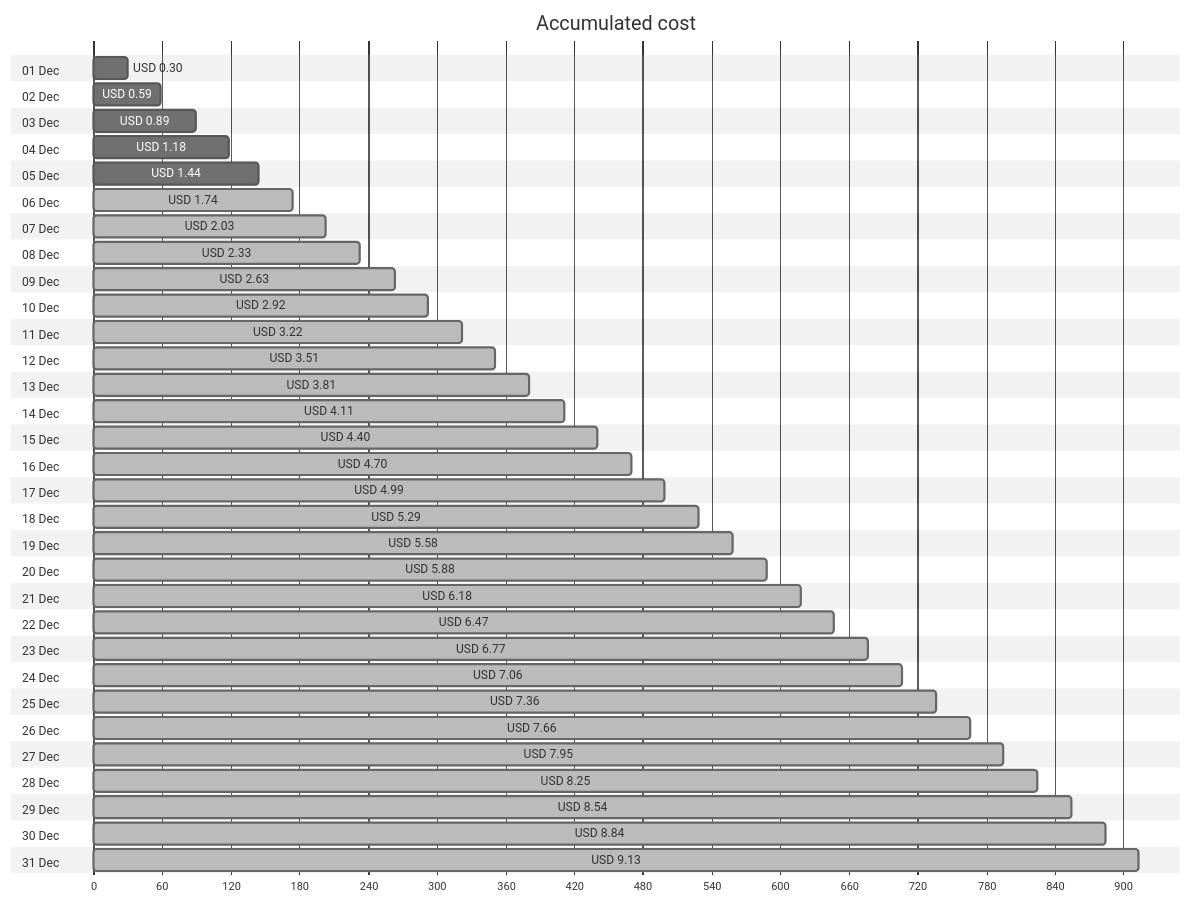
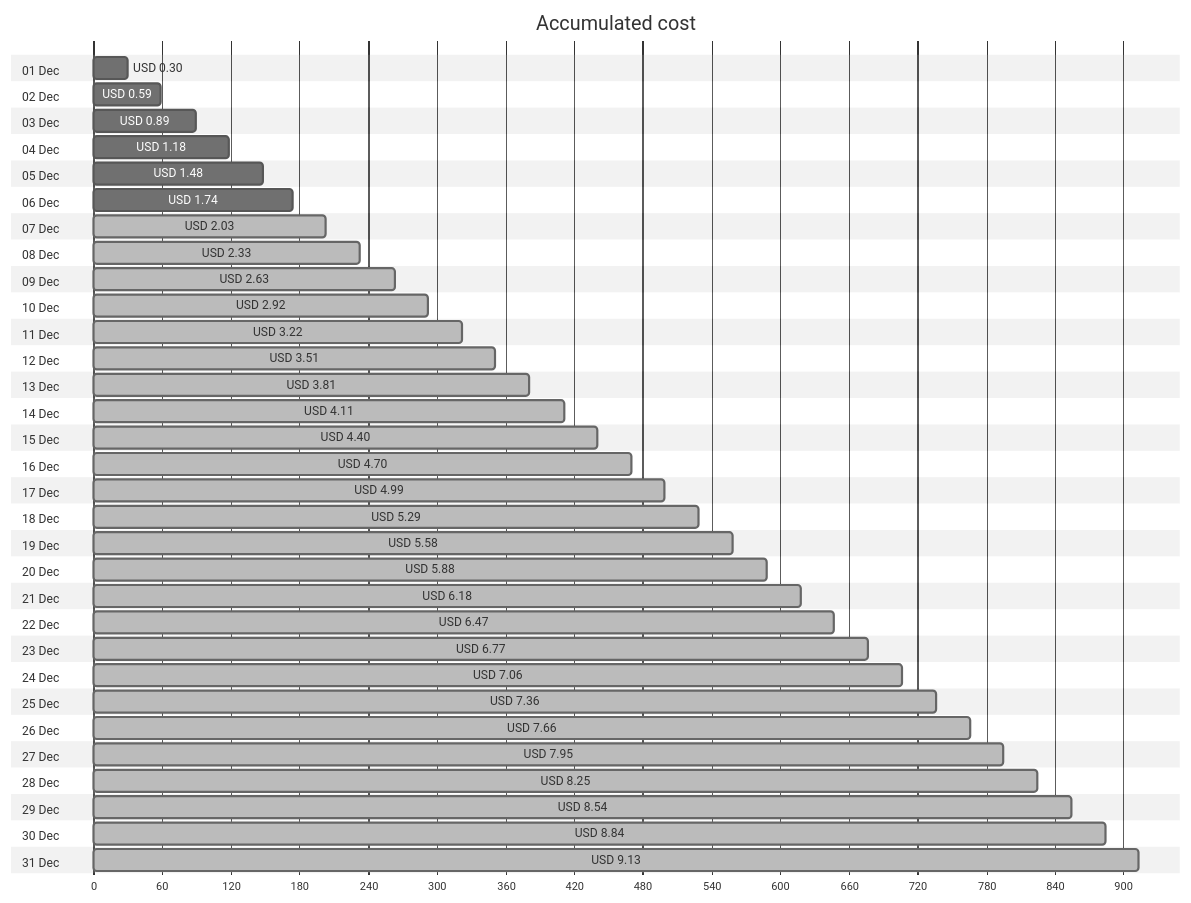
The first of 4 diagrams in cost-reports/personal-site/personal-site-preview.md (jpfulton/azure-personal-reports), drawn with Mermaid (neutral theme) before and after one commit. The commit also changed other lines of this file and 6 other files, not shown here.

````diff
--- a/cost-reports/personal-site/personal-site-preview.md
+++ b/cost-reports/personal-site/personal-site-preview.md
@@ -20,68 +20,68 @@
 ```mermaid
 gantt
    title Accumulated cost
    dateFormat  X
    axisFormat %s
    section 01 Dec
    USD 0.30 :0, 30
    section 02 Dec
    USD 0.59 :0, 59
    section 03 Dec
    USD 0.89 :0, 89
    section 04 Dec
    USD 1.18 :0, 118
    section 05 Dec
-   USD 1.44 :0, 144
+   USD 1.48 :0, 148
    section 06 Dec
-   USD 1.74 : done, 0, 174
+   USD 1.74 :0, 174
    section 07 Dec
    USD 2.03 : done, 0, 203
    section 08 Dec
    USD 2.33 : done, 0, 233
    section 09 Dec
    USD 2.63 : done, 0, 263
    section 10 Dec
    USD 2.92 : done, 0, 292
    section 11 Dec
    USD 3.22 : done, 0, 322
    section 12 Dec
    USD 3.51 : done, 0, 351
    section 13 Dec
    USD 3.81 : done, 0, 381
    section 14 Dec
    USD 4.11 : done, 0, 411
    section 15 Dec
    USD 4.40 : done, 0, 440
    section 16 Dec
    USD 4.70 : done, 0, 470
    section 17 Dec
    USD 4.99 : done, 0, 499
    section 18 Dec
    USD 5.29 : done, 0, 529
    section 19 Dec
    USD 5.58 : done, 0, 558
    section 20 Dec
    USD 5.88 : done, 0, 588
    section 21 Dec
    USD 6.18 : done, 0, 618
    section 22 Dec
    USD 6.47 : done, 0, 647
    section 23 Dec
    USD 6.77 : done, 0, 677
    section 24 Dec
    USD 7.06 : done, 0, 706
    section 25 Dec
    USD 7.36 : done, 0, 736
    section 26 Dec
    USD 7.66 : done, 0, 766
    section 27 Dec
    USD 7.95 : done, 0, 795
    section 28 Dec
    USD 8.25 : done, 0, 825
    section 29 Dec
    USD 8.54 : done, 0, 854
    section 30 Dec
    USD 8.84 : done, 0, 884
    section 31 Dec
    USD 9.13 : done, 0, 913
 ```
````
